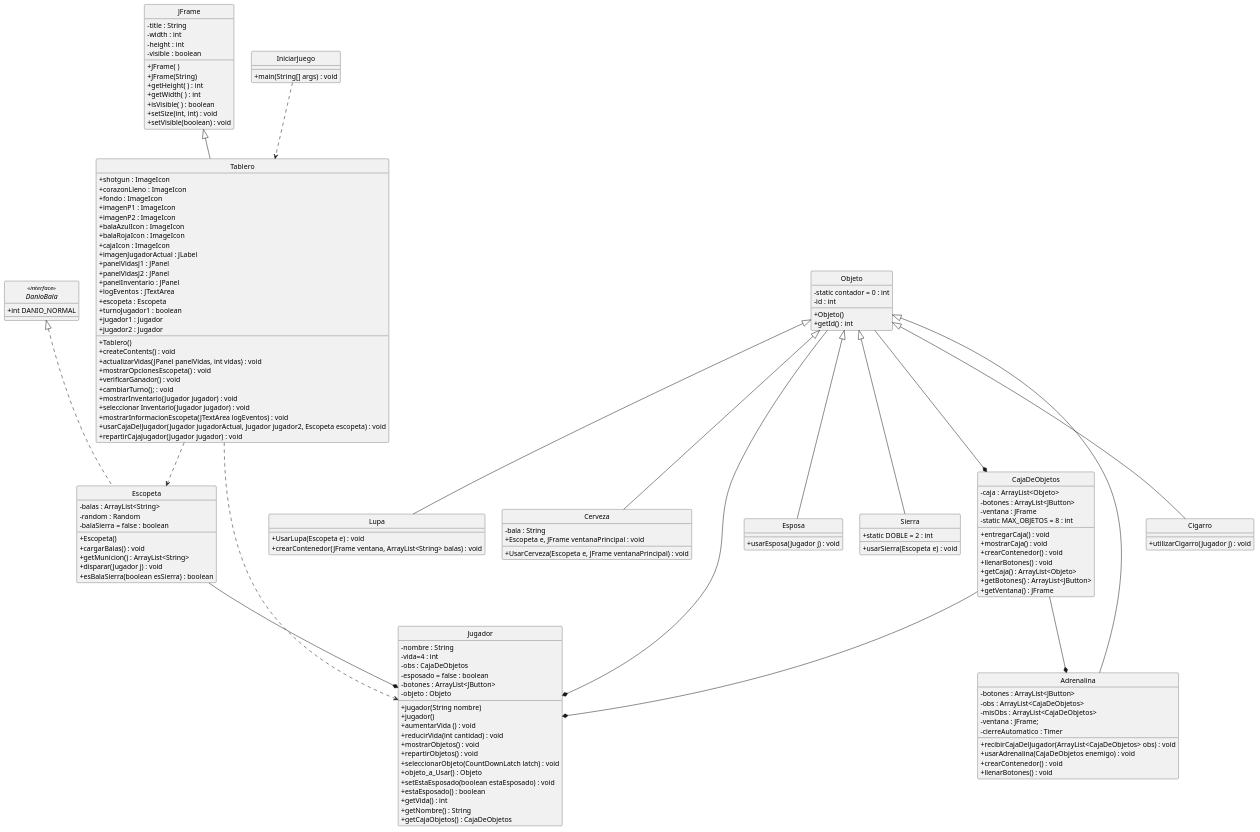
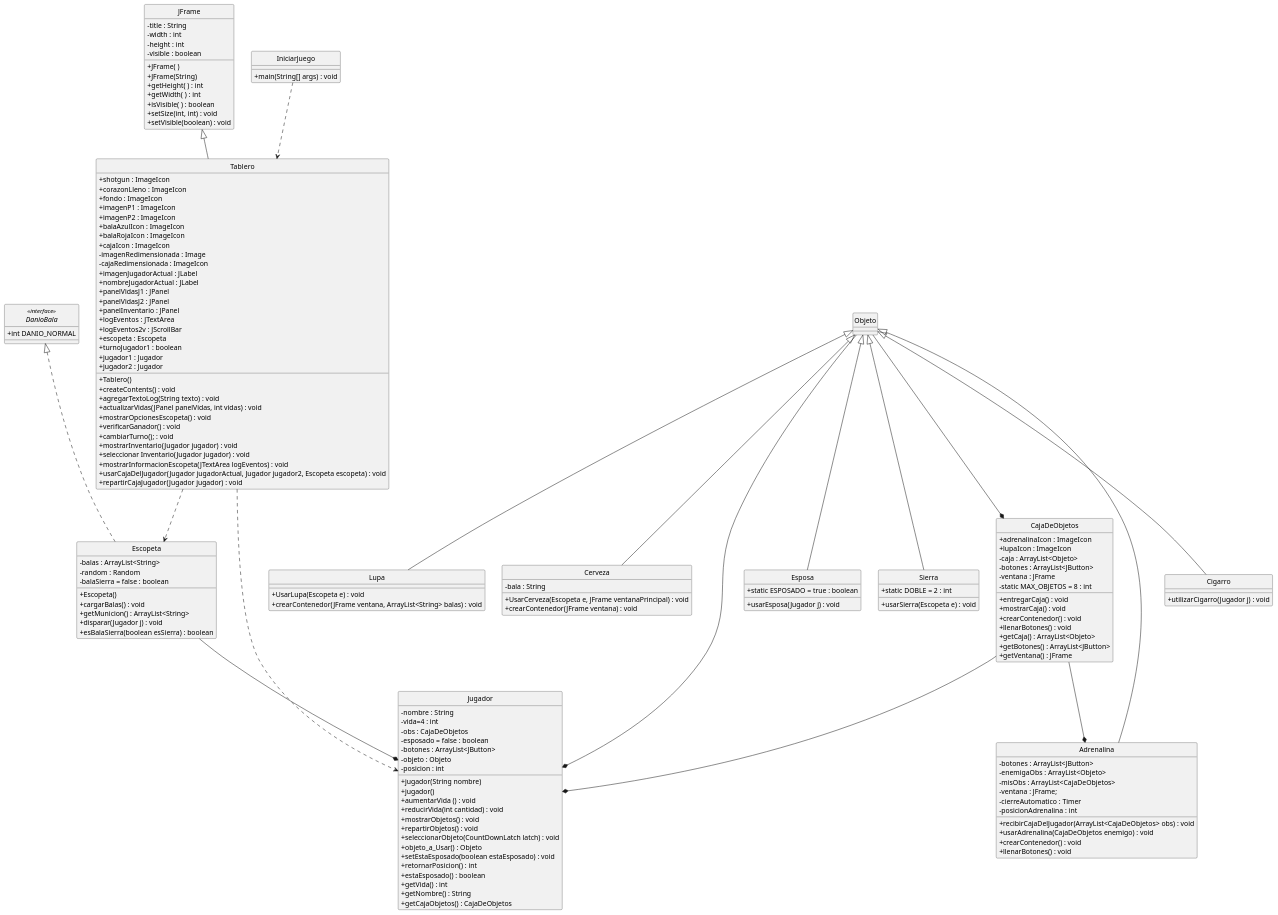
The diagram in uml.puml (F4brici0L4yme/FP2-Final-Project), drawn with PlantUML before and after one commit. The commit also changed other lines of this file and 3 other files, not shown here.

```diff
--- a/uml.puml
+++ b/uml.puml
@@ -1,158 +1,166 @@
 @startuml
 skinparam classAttributeIconSize 0
 
 hide class circle
 hide interface circle
 hide abstract circle
 
 class JFrame {
     - title : String
     - width : int
     - height : int
     - visible : boolean
     + JFrame( )
     + JFrame(String)
     + getHeight( ) : int
     + getWidth( ) : int
     + isVisible( ) : boolean
     + setSize(int, int) : void
     + setVisible(boolean) : void
 }
 
 class Tablero extends JFrame {
     + shotgun : ImageIcon
     + corazonLleno : ImageIcon
     + fondo : ImageIcon
     + imagenP1 : ImageIcon
     + imagenP2 : ImageIcon
     + balaAzulIcon : ImageIcon
     + balaRojaIcon : ImageIcon
     + cajaIcon : ImageIcon
+    - imagenRedimensionada : Image
+    - cajaRedimensionada : ImageIcon
     + imagenJugadorActual : JLabel
+    + nombreJugadorActual : JLabel
     + panelVidasJ1 : JPanel
     + panelVidasJ2 : JPanel
     + panelInventario : JPanel
     + logEventos : JTextArea
+    + logEventos2v : JScrollBar
     + escopeta : Escopeta
     + turnoJugador1 : boolean
     + jugador1 : Jugador
     + jugador2 : Jugador
     + Tablero()
     + createContents() : void
+    + agregarTextoLog(String texto) : void
     + actualizarVidas(JPanel panelVidas, int vidas) : void
     + mostrarOpcionesEscopeta() : void
     + verificarGanador() : void
     + cambiarTurno(); : void
     + mostrarInventario(Jugador jugador) : void
     + seleccionar Inventario(Jugador jugador) : void
     + mostrarInformacionEscopeta(JTextArea logEventos) : void
     + usarCajaDelJugador(Jugador jugadorActual, Jugador jugador2, Escopeta escopeta) : void
     + repartirCajaJugador(Jugador jugador) : void
 }
 
 interface DanioBala <<interface>> {
     +int DANIO_NORMAL
 }
 
 class Escopeta implements DanioBala {
     - balas : ArrayList<String>
     - random : Random
     - balaSierra = false : boolean
     + Escopeta()
     + cargarBalas() : void
     + getMunicion() : ArrayList<String>
     + disparar(Jugador j) : void
     + esBalaSierra(boolean esSierra) : boolean
 }
 
 class Jugador{
     - nombre : String
     - vida=4 : int 
     - obs : CajaDeObjetos
     - esposado = false : boolean
     - botones : ArrayList<JButton>
     - objeto : Objeto
+    - posicion : int
     + jugador(String nombre)
     + jugador()
     + aumentarVida () : void
     + reducirVida(int cantidad) : void
     + mostrarObjetos() : void
     + repartirObjetos() : void
     + seleccionarObjeto(CountDownLatch latch) : void
     + objeto_a_Usar() : Objeto
     + setEstaEsposado(boolean estaEsposado) : void
+    + retornarPosicion() : int
     + estaEsposado() : boolean
     + getVida() : int
     + getNombre() : String
     + getCajaObjetos() : CajaDeObjetos
 }
 
 class Objeto {
-    - static contador = 0 : int
-    - id : int
-    + Objeto()
-    + getId() : int
+
 }
 
 class Cigarro extends Objeto {
     + utilizarCigarro(Jugador j) : void
 }
 
 class Lupa extends Objeto {
     + UsarLupa(Escopeta e) : void
     + crearContenedor(JFrame ventana, ArrayList<String> balas) : void
 }
 
 class Cerveza extends Objeto {
     - bala : String
     + UsarCerveza(Escopeta e, JFrame ventanaPrincipal) : void
-    + Escopeta e, JFrame ventanaPrincipal : void
+    + crearContenedor(JFrame ventana) : void
 }
 
 class Adrenalina extends Objeto {
     - botones : ArrayList<JButton>
-    - obs : ArrayList<CajaDeObjetos>
+    - enemigaObs : ArrayList<Objeto>
     - misObs : ArrayList<CajaDeObjetos>
     - ventana : JFrame;
     - cierreAutomatico : Timer
+    - posicionAdrenalina : int
     + recibirCajaDelJugador(ArrayList<CajaDeObjetos> obs) : void
     + usarAdrenalina(CajaDeObjetos enemigo) : void
     + crearContenedor() : void
     + llenarBotones() : void
 }
 
 class Esposa extends Objeto {
+    + static ESPOSADO = true : boolean
     + usarEsposa(Jugador j) : void
 }
 
 class Sierra extends Objeto {
     + static DOBLE = 2 : int
     + usarSierra(Escopeta e) : void
 }
 
 class CajaDeObjetos {
+    + adrenalinaIcon : ImageIcon
+    + lupaIcon : ImageIcon
     - caja : ArrayList<Objeto>
     - botones : ArrayList<JButton>
     - ventana : JFrame
     - static MAX_OBJETOS = 8 : int
     + entregarCaja() : void
     + mostrarCaja() : void
     + crearContenedor() : void
     + llenarBotones() : void
     + getCaja() : ArrayList<Objeto>
     + getBotones() : ArrayList<JButton>
     + getVentana() : JFrame
 }
 
 class IniciarJuego {
     + main(String[] args) : void
 }
 IniciarJuego ..> Tablero
 Tablero ..> Jugador
 Tablero ..> Escopeta
 Objeto --* Jugador
 CajaDeObjetos --* Jugador
 Escopeta --* Jugador
 Objeto --* CajaDeObjetos
 CajaDeObjetos --* Adrenalina
 @enduml
```
